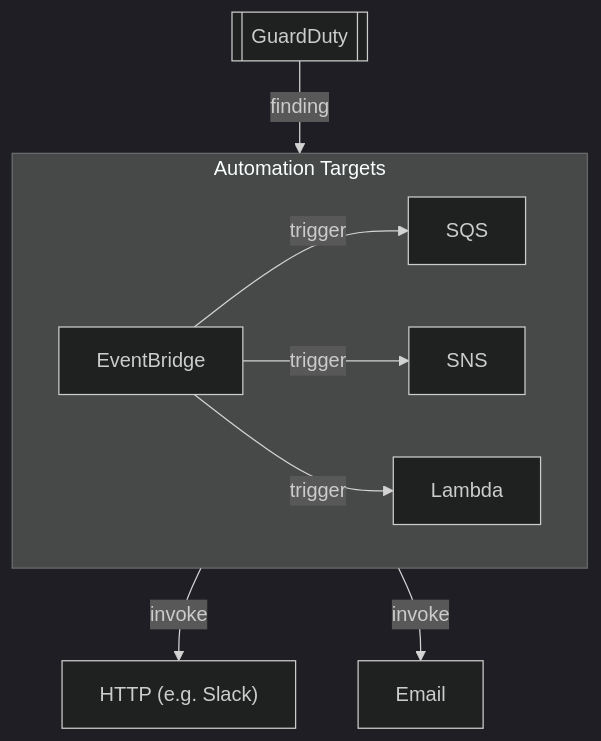
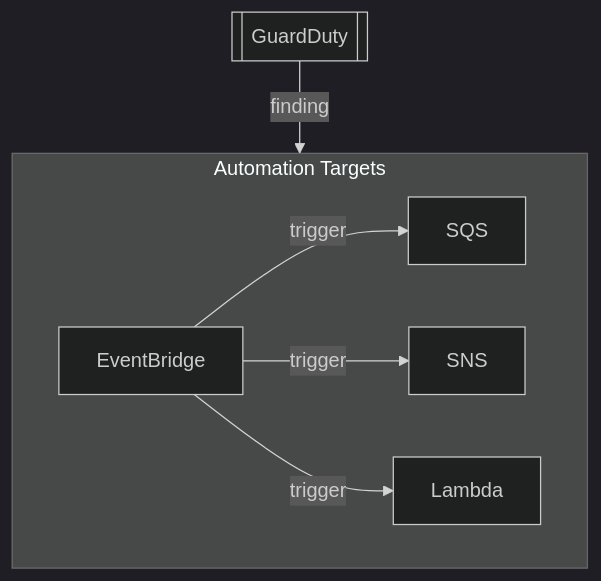
One commit to Root-Shells/aws_scs_udemy changed the second of 4 diagrams in domain_1_detection/guardduty.md. Above: the diagram before and after it, drawn with Mermaid (dark theme). The commit also changed other lines of this file and 13 other files, not shown here.

Commit message:
updated diagrams

````diff
--- a/domain_1_detection/guardduty.md
+++ b/domain_1_detection/guardduty.md
@@ -63,14 +55,11 @@
 ```mermaid
 flowchart TD
     GD[["GuardDuty"]] -- "finding" --> EB["EventBridge"]
     
-    subgraph Targets [Automation Targets]
+    subgraph Targets ["Automation Targets"]
         direction LR
         EB -- "trigger" --> SQS["SQS"]
         EB -- "trigger" --> SNS["SNS"]
         EB -- "trigger" --> Lambda["Lambda"]
     end
-
-    SNS -- "invoke" --> HTTP["HTTP (e.g. Slack)"]
-    SNS -- "invoke" --> Email["Email"]
 ```
````
